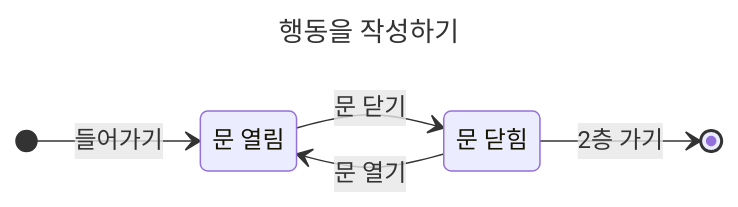
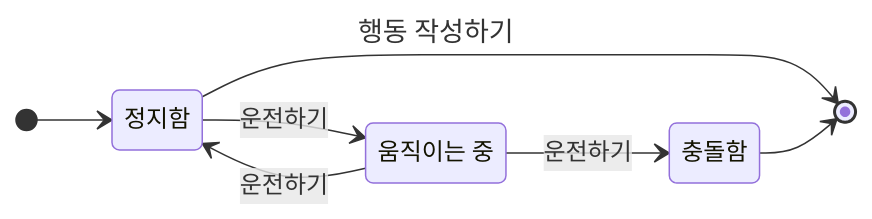
One commit to choesimin/choesimin.github.io changed the fifth of 8 diagrams in _notes/uml/state-diagram.md. Above: the diagram before and after it, drawn with Mermaid. The commit also changed other lines of this file and 2 other files, not shown here.

````diff
--- a/_notes/uml/state-diagram.md
+++ b/_notes/uml/state-diagram.md
@@ -137,16 +137,20 @@
 ```mermaid
 ---
-title: 행동을 작성하기
+title: 행동 작성하기
 ---
 
 stateDiagram-v2
 direction LR
 
-state "문 열림" as opened
-state "문 닫힘" as closed
+state "정지함" as still
+state "움직이는 중" as moving
+state "충돌함" as crash
 
-[*] --> opened : 들어가기
-opened --> closed : 문 닫기
-closed --> opened : 문 열기
-closed --> [*] : 2층 가기
+[*] --> still
+still --> [*]
+
+still --> moving : 운전하기
+moving --> still : 운전하기
+moving --> crash : 운전하기
+crash --> [*]
 ```
````
